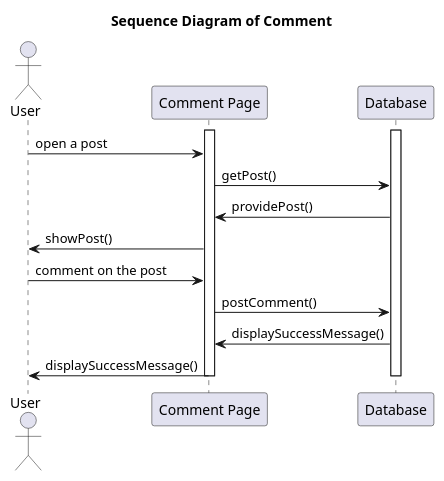
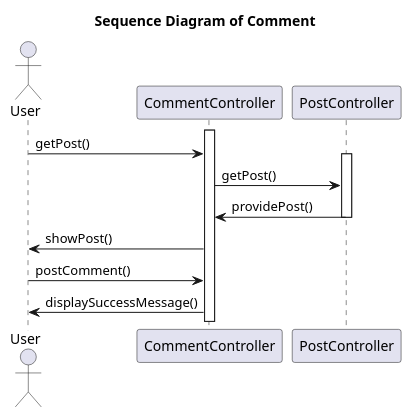
The diagram in Sequence Diagram/commemt.puml (Vizards8/Hey_Badminton), drawn with PlantUML before and after one commit. The commit also changed 5 other files, not shown here.

```diff
--- a/Sequence Diagram/commemt.puml
+++ b/Sequence Diagram/commemt.puml
@@ -1,24 +1,21 @@
 @startuml
 title Sequence Diagram of Comment
 
 actor User
-participant "Comment Page" as System
 
-activate System
-activate Database
+activate CommentController
 
-User -> System: open a post
+User -> CommentController: getPost()
 
-System -> Database: getPost()
-Database -> System: providePost()
-System -> User: showPost()
+activate PostController
+CommentController -> PostController: getPost()
+PostController -> CommentController: providePost()
+deactivate PostController
 
-User -> System: comment on the post
-System -> Database: postComment()
-Database -> System: displaySuccessMessage()
-System -> User:displaySuccessMessage()
+CommentController -> User: showPost()
 
-deactivate Database
-deactivate System
+User -> CommentController: postComment()
+CommentController -> User:displaySuccessMessage()
+
 
 @enduml
```
